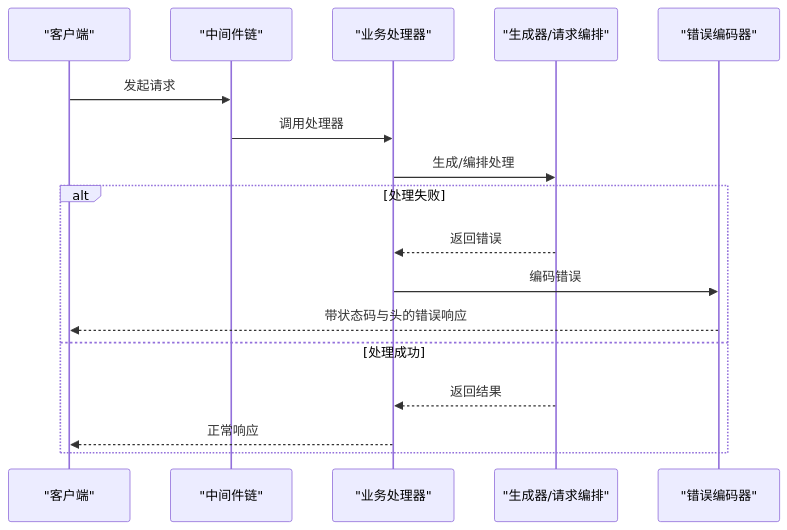
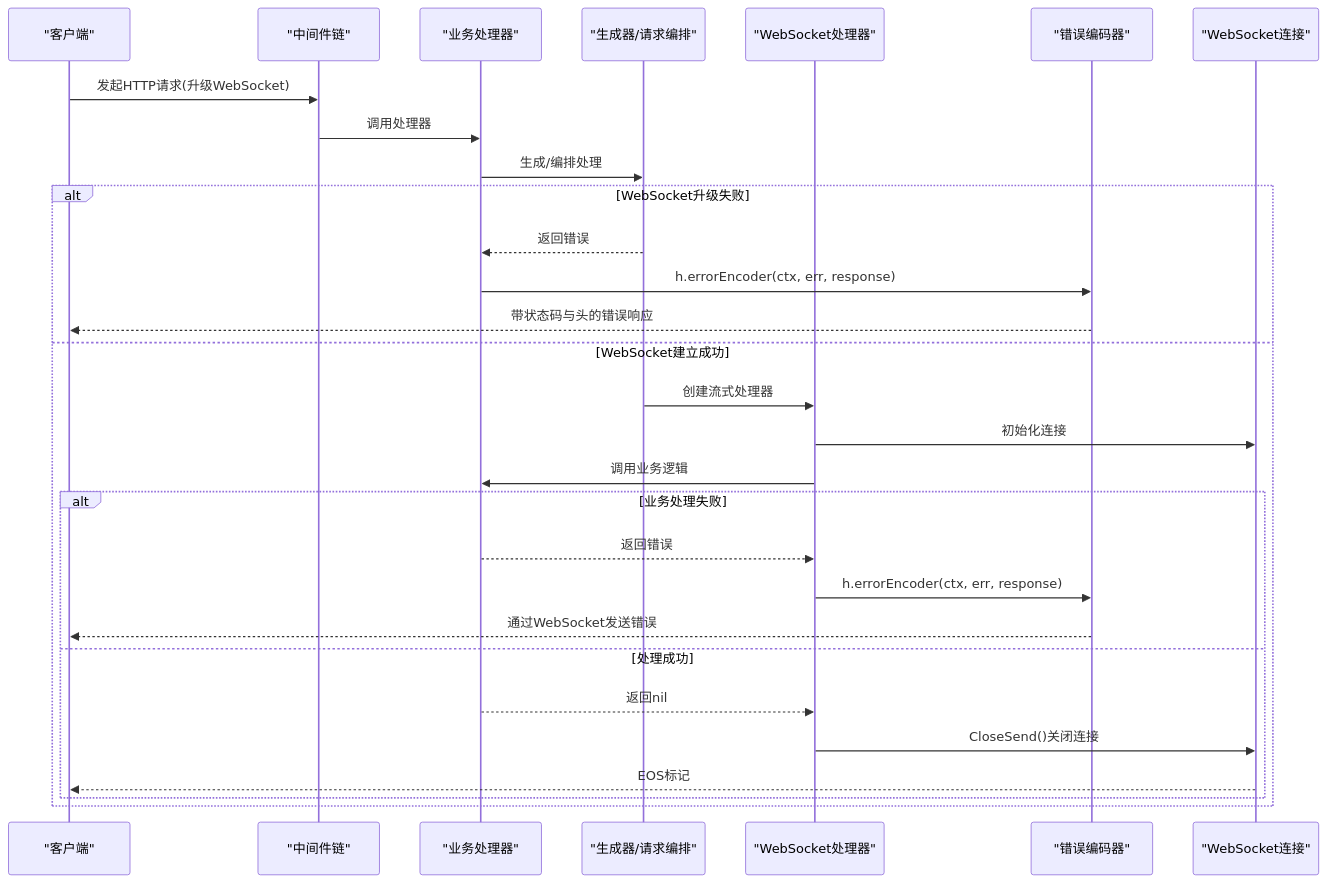
One commit to soyacen/goose changed the second of 5 diagrams in .agents/repowiki/zh/content/错误处理和调试/错误处理机制.md. Above: the diagram before and after it, drawn with Mermaid. The commit also changed other lines of this file and 6 other files, not shown here.

First line of the commit message:
Refactor WebSocket connection handling and stream creation

````diff
--- a/.agents/repowiki/zh/content/错误处理和调试/错误处理机制.md
+++ b/.agents/repowiki/zh/content/错误处理和调试/错误处理机制.md
@@ -110,19 +146,31 @@
 ```mermaid
 sequenceDiagram
 participant Client as "客户端"
 participant MW as "中间件链"
 participant Handler as "业务处理器"
 participant Gen as "生成器/请求编排"
+participant WSH as "WebSocket处理器"
 participant ErrEnc as "错误编码器"
-Client->>MW : 发起请求
+participant Conn as "WebSocket连接"
+Client->>MW : 发起HTTP请求(升级WebSocket)
 MW->>Handler : 调用处理器
 Handler->>Gen : 生成/编排处理
-alt 处理失败
+alt WebSocket升级失败
 Gen-->>Handler : 返回错误
-Handler->>ErrEnc : 编码错误
+Handler->>ErrEnc : h.errorEncoder(ctx, err, response)
 ErrEnc-->>Client : 带状态码与头的错误响应
+else WebSocket建立成功
+Gen->>WSH : 创建流式处理器
+WSH->>Conn : 初始化连接
+WSH->>Handler : 调用业务逻辑
+alt 业务处理失败
+Handler-->>WSH : 返回错误
+WSH->>ErrEnc : h.errorEncoder(ctx, err, response)
+ErrEnc-->>Client : 通过WebSocket发送错误
 else 处理成功
-Gen-->>Handler : 返回结果
-Handler-->>Client : 正常响应
+Handler-->>WSH : 返回nil
+WSH->>Conn : CloseSend()关闭连接
+Conn-->>Client : EOS标记
+end
 end
 ```
````
